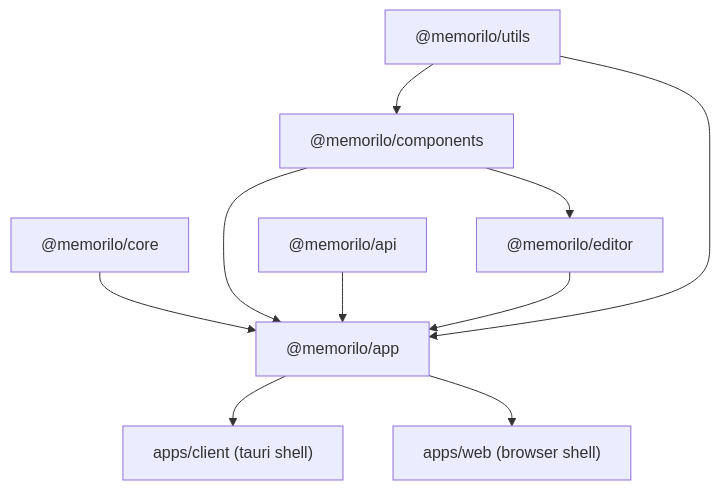
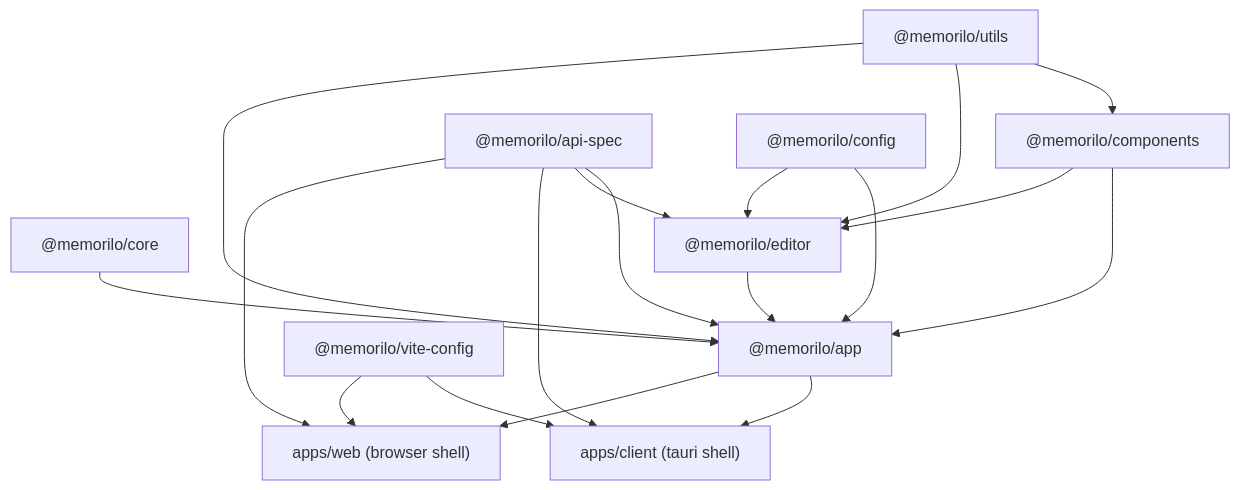
One commit to memorilo/memorilo changed the diagram in CONTRIBUTING.md. Above: the diagram before and after it, drawn with Mermaid. The commit also changed 99 other files, not shown here.

Commit message:
refactor: split api-spec definitions from runtime implementations

````diff
--- a/CONTRIBUTING.md
+++ b/CONTRIBUTING.md
@@ -3,21 +3,31 @@
 ```mermaid
 graph TD
     Core["@memorilo/core"]
     App["@memorilo/app"]
     Client["apps/client (tauri shell)"]
     Web["apps/web (browser shell)"]
     Components["@memorilo/components"]
-    API["@memorilo/api"]
+    API["@memorilo/api-spec"]
+    Config["@memorilo/config"]
     Editor["@memorilo/editor"]
     Utils["@memorilo/utils"]
+    ViteConfig["@memorilo/vite-config"]
 
     Core-->App
     Components-->App
     API-->App
+    Config-->App
     Editor-->App
     Components-->Editor
+    API-->Editor
+    Config-->Editor
     Utils-->Components
+    Utils-->Editor
     Utils-->App
+    API-->Client
     App-->Client
+    ViteConfig-->Client
+    API-->Web
     App-->Web
+    ViteConfig-->Web
 ```
````
